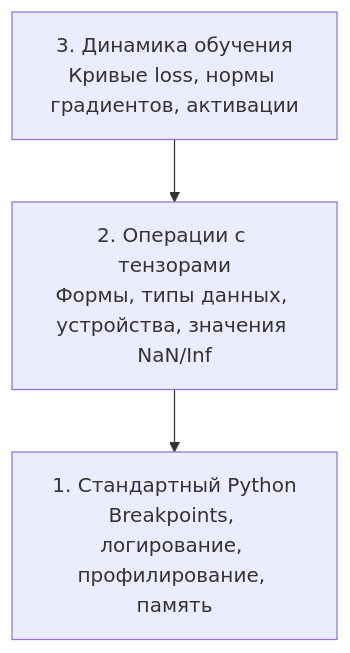
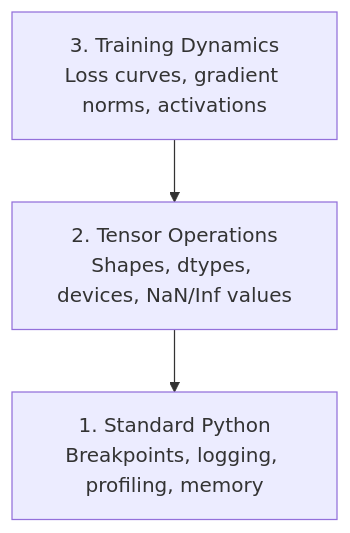
The diagram in phases/00-setup-and-tooling/12-debugging-and-profiling/docs/ru.md (stabuev/ai-engineering-from-scratch), drawn with Mermaid before and after one commit. The commit also changed other lines of this file and 182 other files, not shown here.

````diff
--- a/phases/00-setup-and-tooling/12-debugging-and-profiling/docs/ru.md
+++ b/phases/00-setup-and-tooling/12-debugging-and-profiling/docs/ru.md
@@ -27,6 +27,6 @@
 ```mermaid
 graph TD
-    L3["3. Динамика обучения<br/>Кривые loss, нормы градиентов, активации"] --> L2
-    L2["2. Операции с тензорами<br/>Формы, типы данных, устройства, значения NaN/Inf"] --> L1
-    L1["1. Стандартный Python<br/>Breakpoints, логирование, профилирование, память"]
+    L3["3. Training Dynamics<br/>Loss curves, gradient norms, activations"] --> L2
+    L2["2. Tensor Operations<br/>Shapes, dtypes, devices, NaN/Inf values"] --> L1
+    L1["1. Standard Python<br/>Breakpoints, logging, profiling, memory"]
 ```
````
